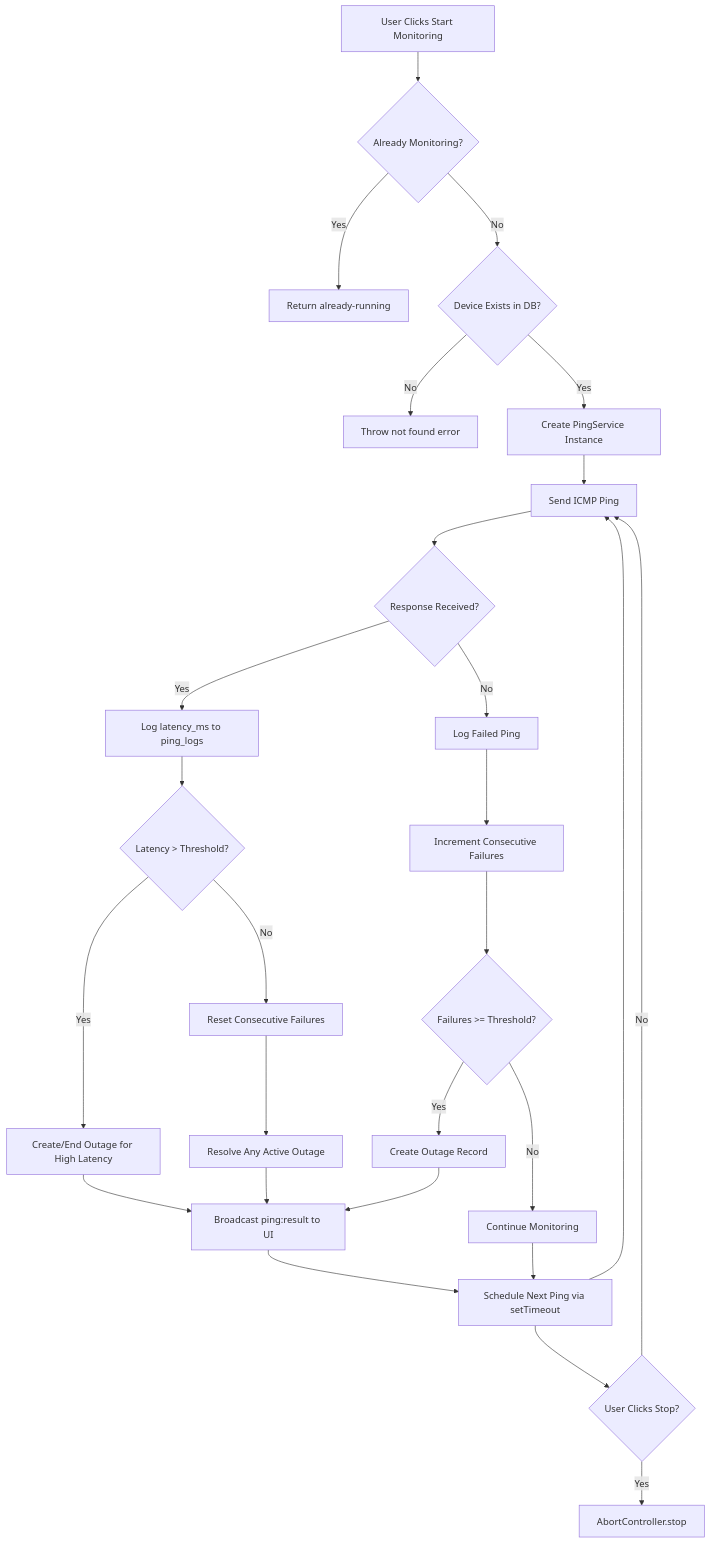
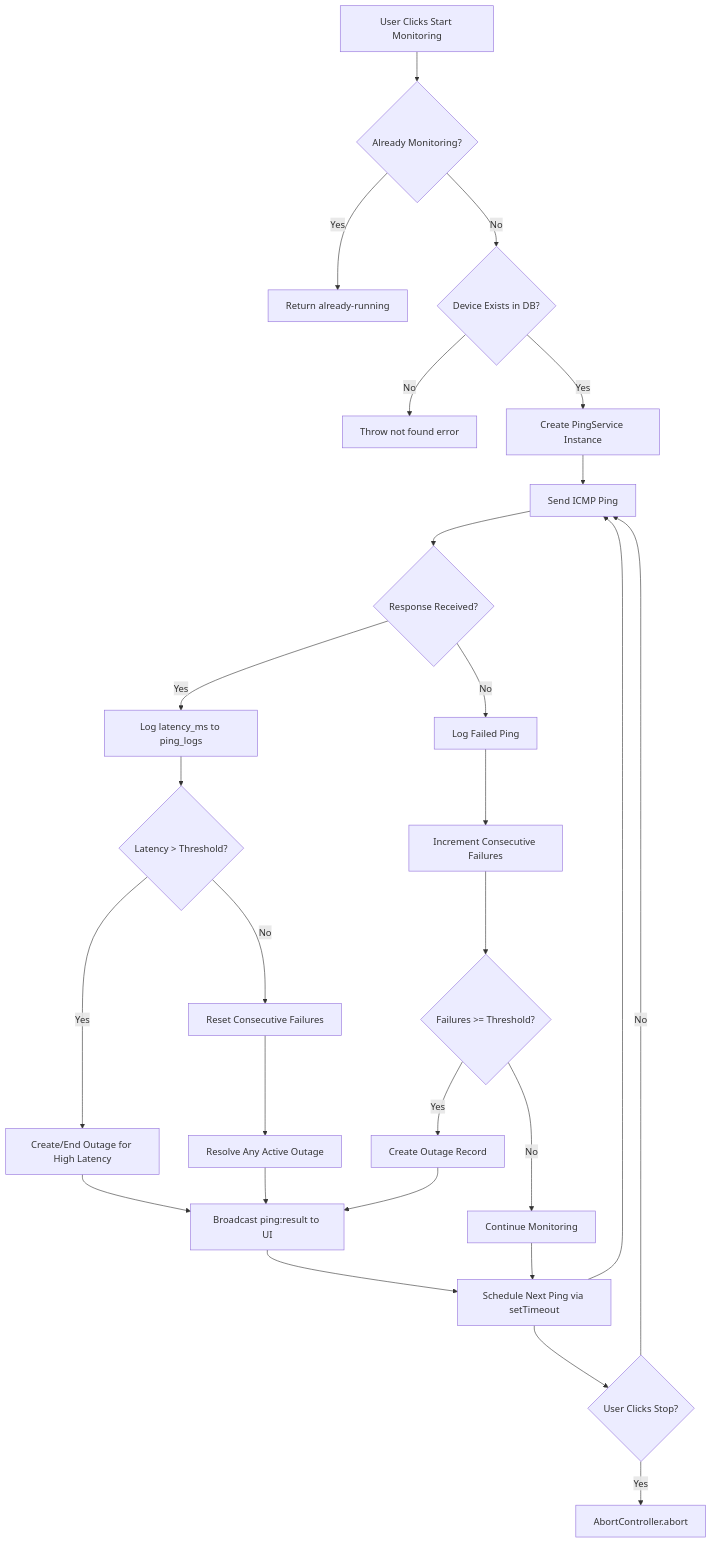
Before and after one commit to Interlaken0/network-device-monitor: the first of 3 diagrams in docs/diagrams.md, drawn with Mermaid. The commit also changed 5 other files, not shown here.

First line of the commit message:
docs(diagrams): Add Mermaid diagrams and fix accuracy issues

````diff
--- a/docs/diagrams.md
+++ b/docs/diagrams.md
@@ -5,29 +5,29 @@
 ```mermaid
 flowchart TD
     A[User Clicks Start Monitoring] --> B{Already Monitoring?}
     B -->|Yes| C[Return already-running]
     B -->|No| D{Device Exists in DB?}
     D -->|No| E[Throw not found error]
     D -->|Yes| F[Create PingService Instance]
     F --> G[Send ICMP Ping]
     G --> H{Response Received?}
     H -->|Yes| I[Log latency_ms to ping_logs]
     I --> J{Latency > Threshold?}
     J -->|Yes| K[Create/End Outage for High Latency]
     J -->|No| L[Reset Consecutive Failures]
     L --> M[Resolve Any Active Outage]
     H -->|No| N[Log Failed Ping]
     N --> O[Increment Consecutive Failures]
     O --> P{Failures >= Threshold?}
     P -->|Yes| Q[Create Outage Record]
     P -->|No| R[Continue Monitoring]
     K --> S[Broadcast ping:result to UI]
     M --> S
     R --> T[Schedule Next Ping via setTimeout]
     S --> T
     T --> G
     Q --> S
     T --> U{User Clicks Stop?}
-    U -->|Yes| V[AbortController.stop]
+    U -->|Yes| V[AbortController.abort]
     U -->|No| G
 ```
````
